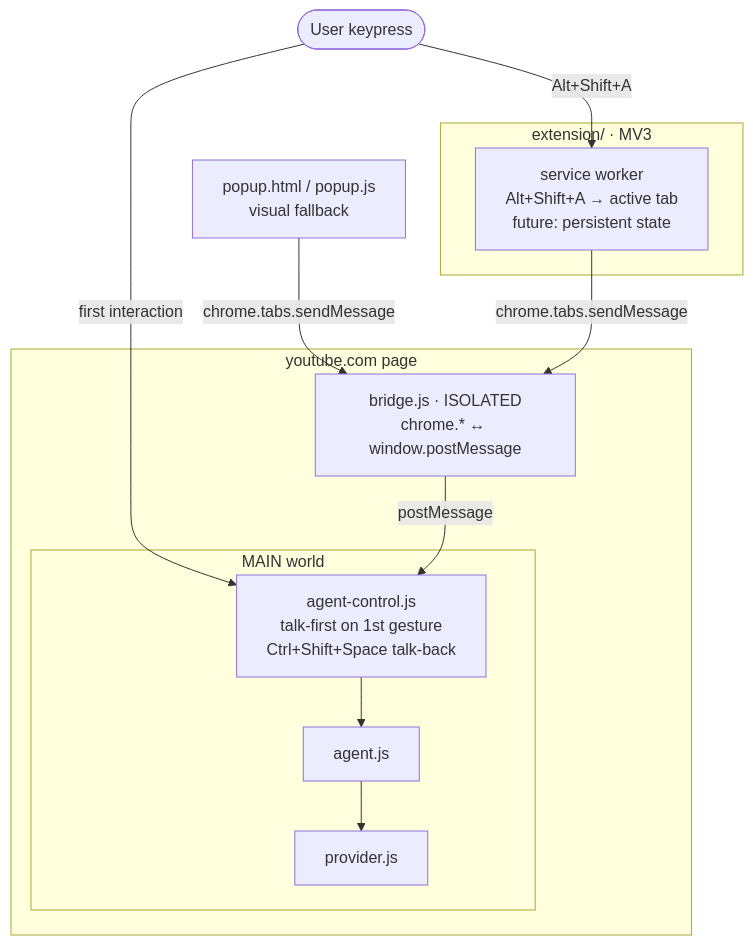
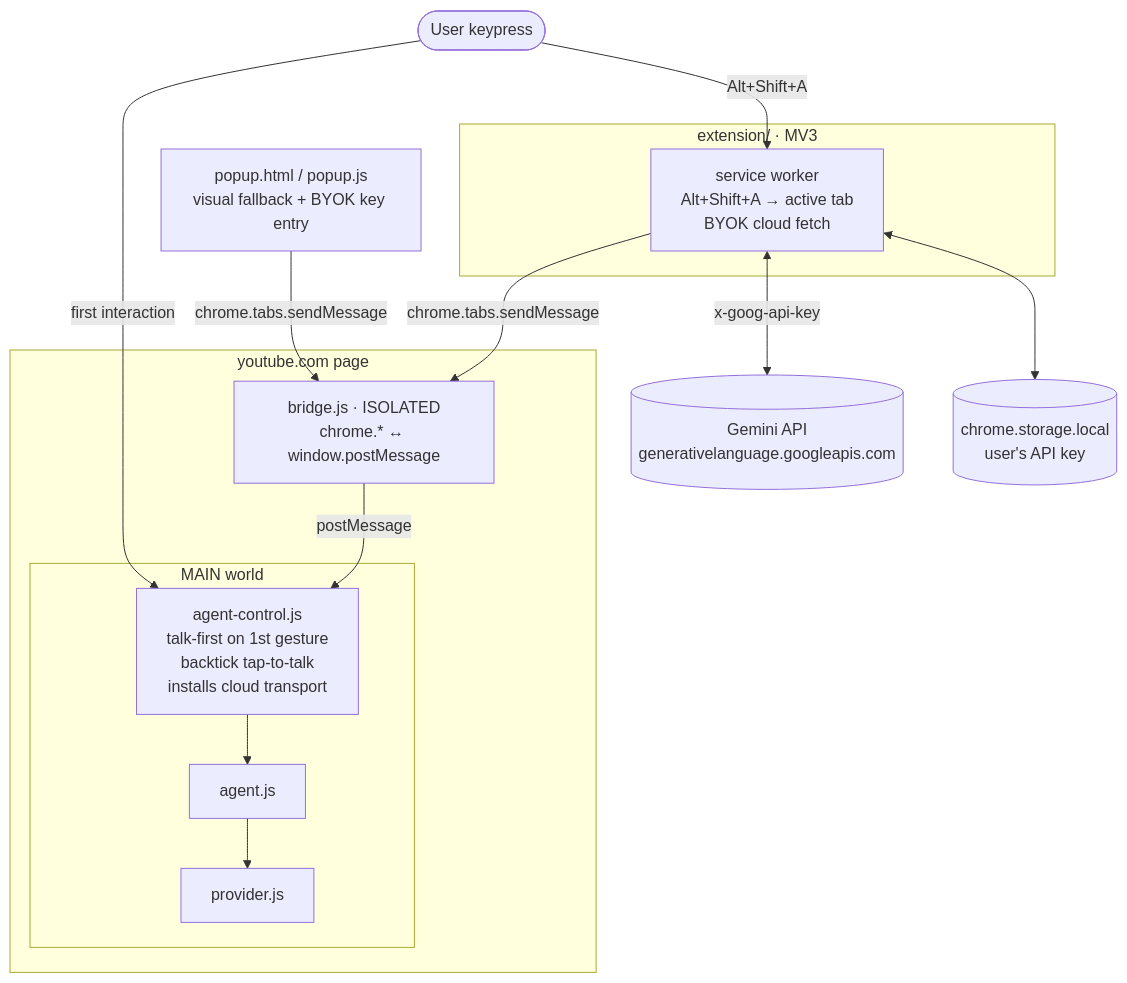
One commit to camelburrito/yt-a11y-agent changed the seventh of 7 diagrams in docs/architecture/yt-a11y-agent.md. Above: the diagram before and after it, drawn with Mermaid. The commit also changed other lines of this file and 24 other files, not shown here.

First line of the commit message:
Resolve open items: BYOK cloud fallback, convo persistence, PiP relay, docs (v0.10.0)

````diff
--- a/docs/architecture/yt-a11y-agent.md
+++ b/docs/architecture/yt-a11y-agent.md
@@ -324,22 +376,26 @@
 ```mermaid
 flowchart TB
-  pop[popup.html / popup.js<br/>visual fallback]
+  pop[popup.html / popup.js<br/>visual fallback + BYOK key entry]
+  gem[(Gemini API<br/>generativelanguage.googleapis.com)]
+  store[(chrome.storage.local<br/>user's API key)]
   subgraph ext[extension/ · MV3]
-    sw[service worker<br/>Alt+Shift+A → active tab<br/>future: persistent state]
+    sw[service worker<br/>Alt+Shift+A → active tab<br/>BYOK cloud fetch]
   end
+  sw <--> store
+  sw <-->|x-goog-api-key| gem
   subgraph page[youtube.com page]
     iso[bridge.js · ISOLATED<br/>chrome.* ↔ window.postMessage]
     subgraph main[MAIN world]
-      ctl[agent-control.js<br/>talk-first on 1st gesture<br/>Ctrl+Shift+Space talk-back]
+      ctl[agent-control.js<br/>talk-first on 1st gesture<br/>backtick tap-to-talk<br/>installs cloud transport]
       ag[agent.js]
       pv[provider.js]
     end
   end
   user2([User keypress]) -->|first interaction| ctl
   user2 -->|Alt+Shift+A| sw
   pop -->|chrome.tabs.sendMessage| iso
   sw -->|chrome.tabs.sendMessage| iso
   iso -->|postMessage| ctl
   ctl --> ag
   ag --> pv
 ```
````
